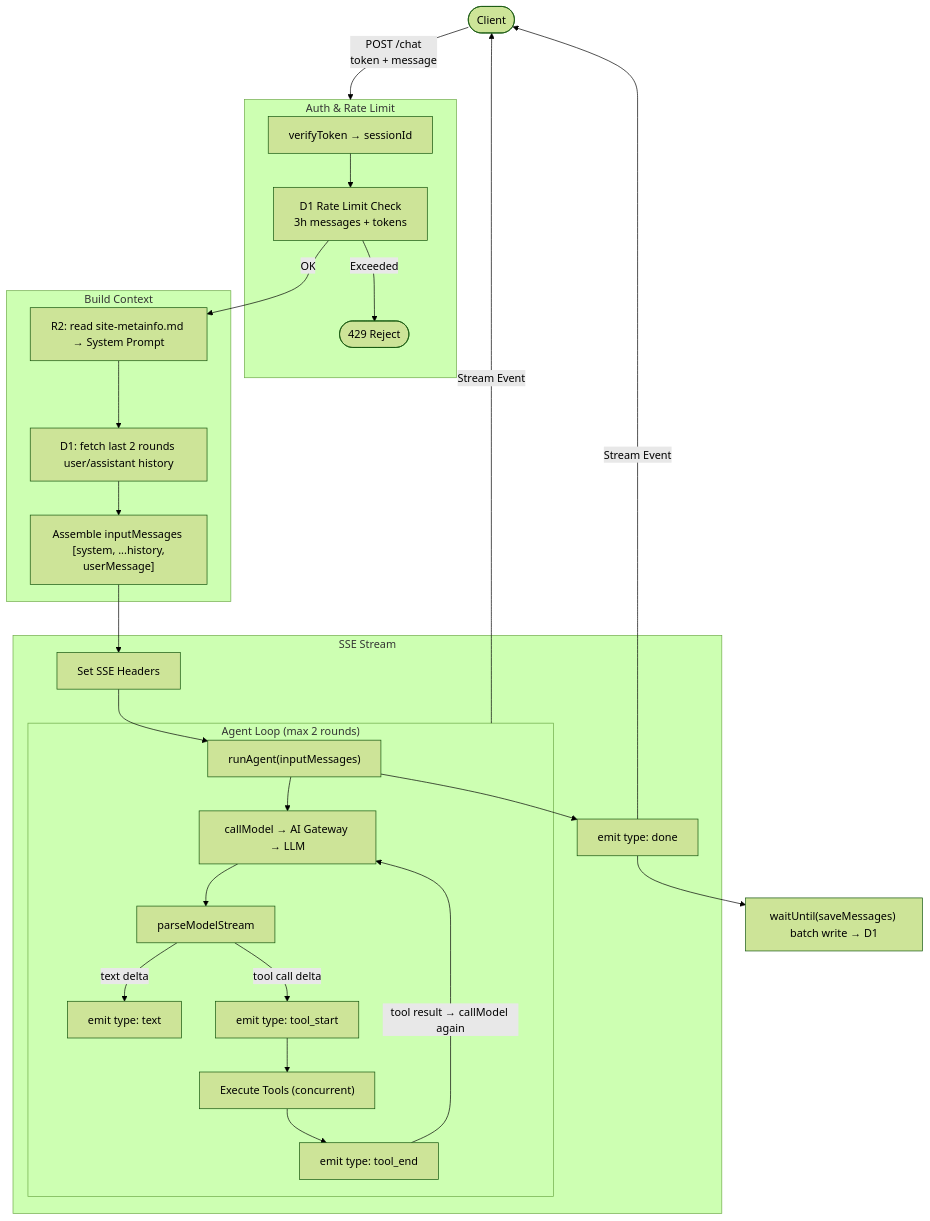
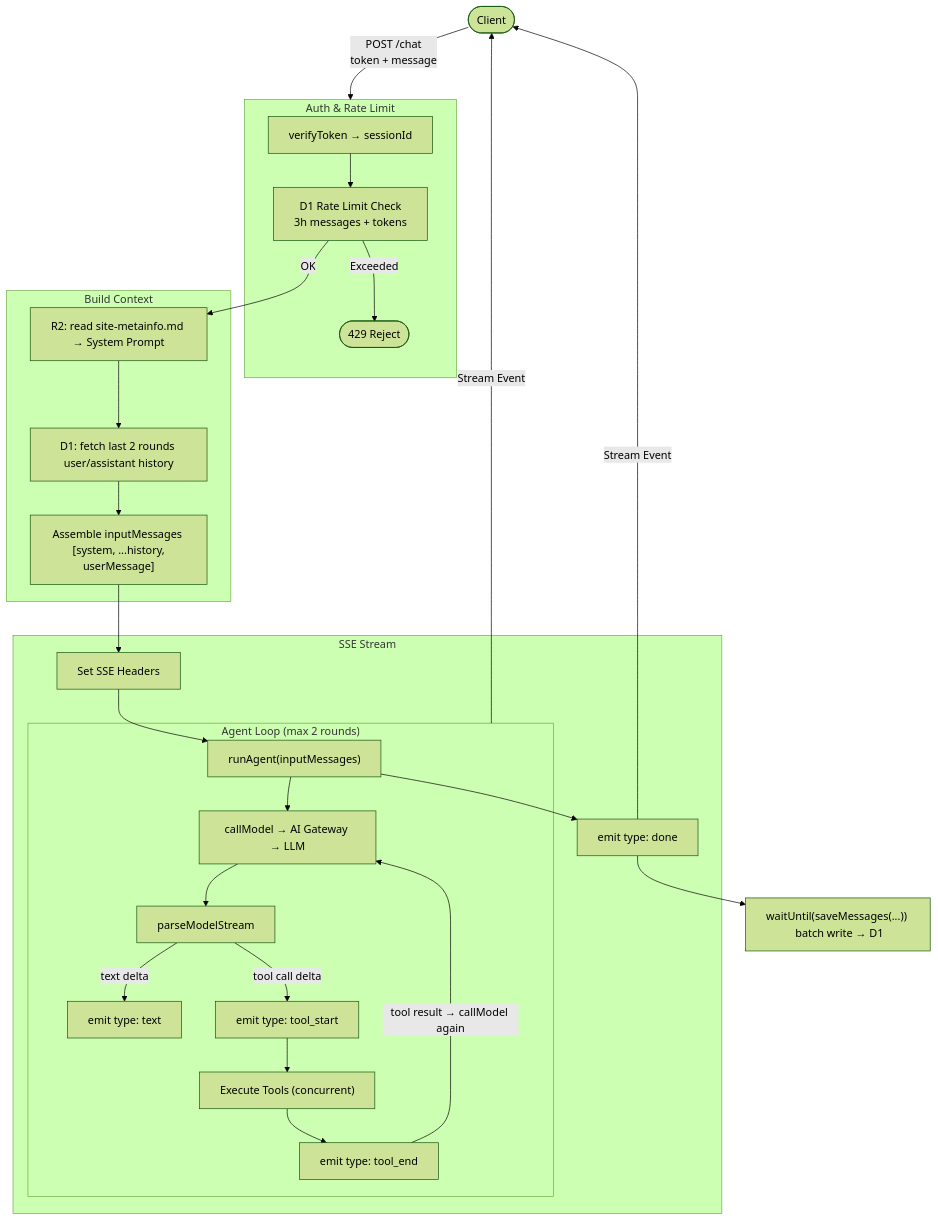
One commit to surmon-china/surmon.me.ai changed the fourth of 4 diagrams in ARCHITECTURE.zh-CN.md. Above: the diagram before and after it, drawn with Mermaid (forest theme).

````diff
--- a/ARCHITECTURE.zh-CN.md
+++ b/ARCHITECTURE.zh-CN.md
@@ -161,38 +161,38 @@
 ```mermaid
 flowchart TD
     Client(["Client"]) --> |"POST /chat <br> token + message"| Auth
 
     subgraph Auth ["Auth & Rate Limit"]
         V["verifyToken → sessionId"]
         V --> RATE["D1 Rate Limit Check <br> 3h messages + tokens"]
         RATE --> |"Exceeded"| ERR(["429 Reject"])
     end
 
     subgraph Context ["Build Context"]
         RATE --> |"OK"| SM["R2: read site-metainfo.md → System Prompt"]
         SM --> HIS["D1: fetch last 2 rounds user/assistant history"]
         HIS --> MSG["Assemble inputMessages <br> [system, ...history, userMessage]"]
     end
 
     subgraph Stream ["SSE Stream"]
         MSG --> SSE["Set SSE Headers"]
         SSE --> AG["runAgent(inputMessages)"]
 
         subgraph Agent ["Agent Loop (max 2 rounds)"]
             AG --> CM["callModel → AI Gateway → LLM"]
             CM --> PS["parseModelStream"]
             PS --> |"text delta"| ET["emit type: text"]
             PS --> |"tool call delta"| TS["emit type: tool_start"]
             TS --> TC["Execute Tools (concurrent)"]
             TC --> TE["emit type: tool_end"]
             TE --> |"tool result → callModel again"| CM
         end
 
         AG --> DONE["emit type: done"]
     end
 
     Agent --> |"Stream Event"| Client
     DONE --> |"Stream Event"| Client
 
-    DONE --> SAVE["waitUntil(saveMessages) batch write → D1"]
+    DONE --> SAVE["waitUntil(saveMessages(...)) <br> batch write → D1"]
 ```
````
